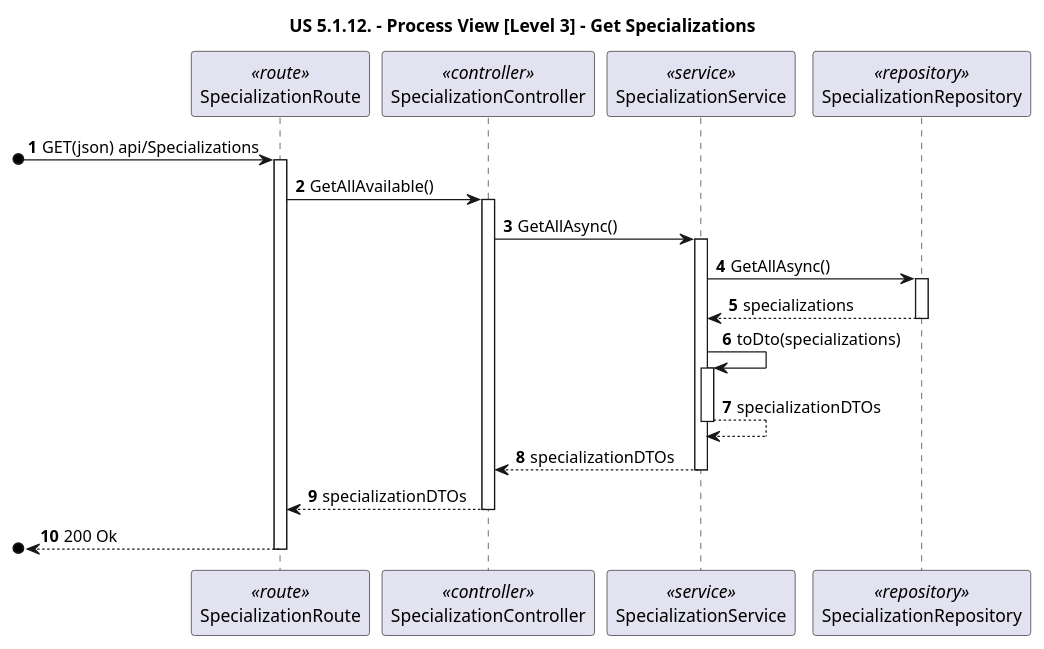
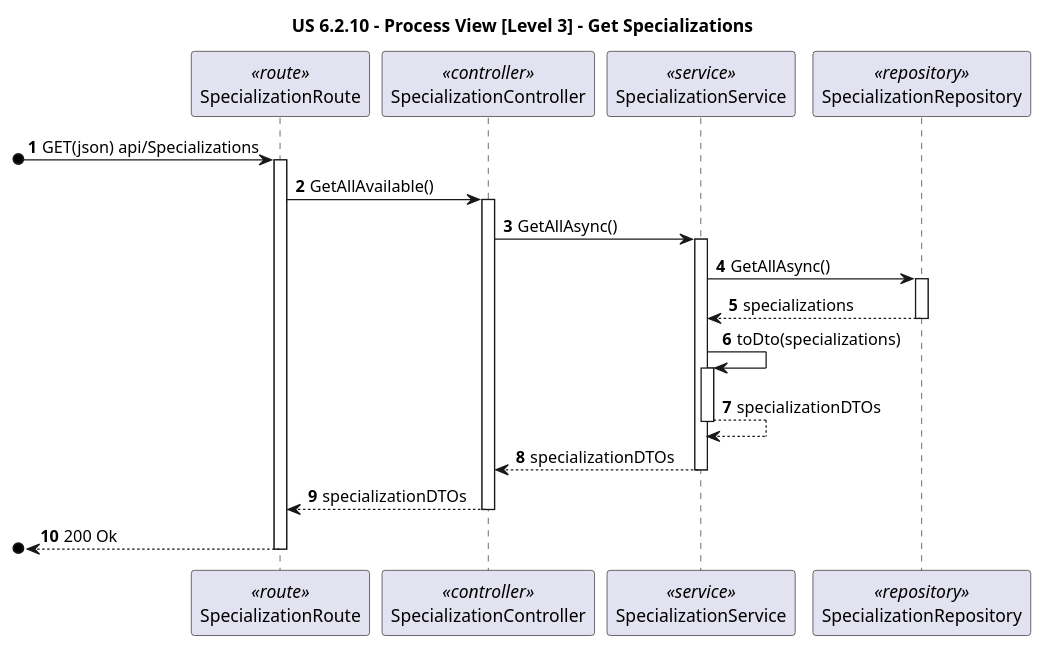
Before and after one commit to rita-barbosa/LAPR5-2425: the diagram in docs/sprint-2/1220841/us-6.2.10/diagrams/level-3-process-view-mdbackoffice-get-specializations.puml, drawn with PlantUML. The commit also changed 10 other files, not shown here.

Commit message:
DG38-442 | docs: corrects the titles of the process view diagrams.

```diff
--- a/docs/sprint-2/1220841/us-6.2.10/diagrams/level-3-process-view-mdbackoffice-get-specializations.puml
+++ b/docs/sprint-2/1220841/us-6.2.10/diagrams/level-3-process-view-mdbackoffice-get-specializations.puml
@@ -1,37 +1,37 @@
 @startuml
 
-title "US 5.1.12. - Process View [Level 3] - Get Specializations"
+title "US 6.2.10 - Process View [Level 3] - Get Specializations"
 
 autonumber
 participant "SpecializationRoute" as ROUTE <<route>>
 participant "SpecializationController" as CTRL <<controller>>
 participant "SpecializationService" as SVC <<service>>
 participant "SpecializationDTO" as SVC <<dto>>
 participant "SpecializationRepository" as REPO <<repository>>
 
 [o-> ROUTE: GET(json) api/Specializations
 activate ROUTE
 
 ROUTE -> CTRL: GetAllAvailable()
 activate CTRL
 
 CTRL -> SVC: GetAllAsync()
 activate SVC
 
 SVC -> REPO : GetAllAsync()
 activate REPO
 REPO --> SVC : specializations
 deactivate REPO
 
 SVC -> SVC: toDto(specializations)
 activate SVC
 SVC --> SVC: specializationDTOs
 deactivate SVC
 
 SVC --> CTRL: specializationDTOs
 deactivate SVC
 CTRL --> ROUTE: specializationDTOs
 deactivate CTRL
 [o<-- ROUTE: 200 Ok
 deactivate ROUTE
 @enduml
```
